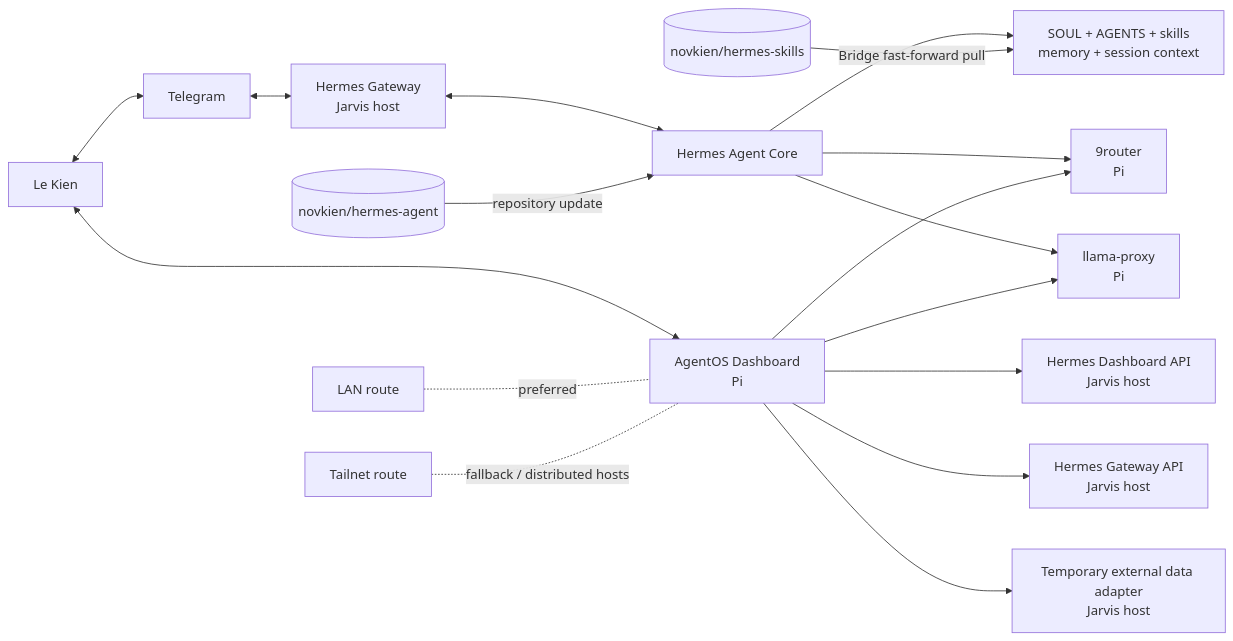
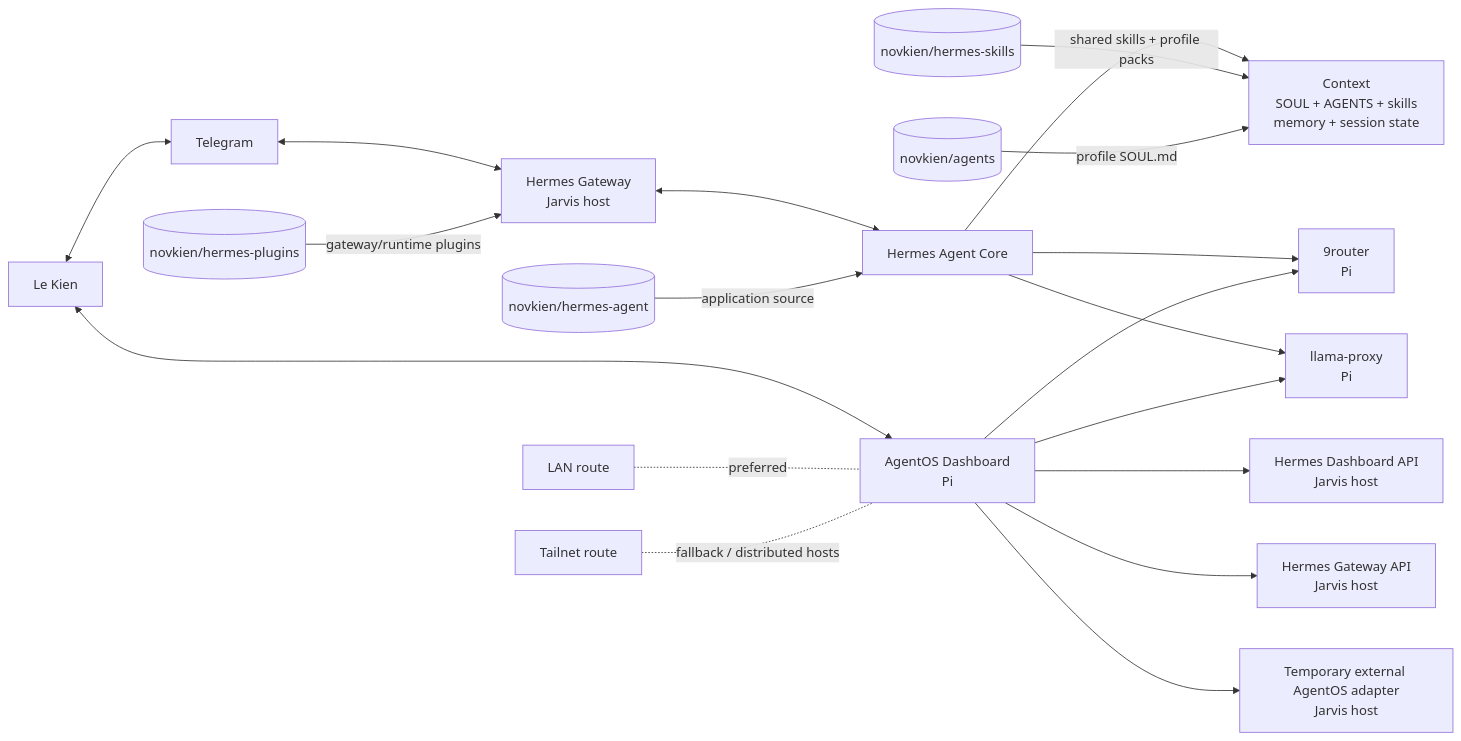
Before and after one commit to Carrie111998/Hermes: the diagram in AGENTS.md, drawn with Mermaid. The commit also changed other lines of this file, not shown here.

Commit message:
docs: update Jarvis Hermes architecture source map

````diff
--- a/AGENTS.md
+++ b/AGENTS.md
@@ -63,22 +65,24 @@
 ```mermaid
 flowchart LR
     U[Le Kien] <--> TG[Telegram]
     TG <--> GW[Hermes Gateway<br/>Jarvis host]
     GW <--> CORE[Hermes Agent Core]
-    CORE --> CTX[SOUL + AGENTS + skills<br/>memory + session context]
+    CORE --> CTX[Context<br/>SOUL + AGENTS + skills<br/>memory + session state]
     CORE --> R9[9router<br/>Pi]
     CORE --> LP[llama-proxy<br/>Pi]
 
     U <--> OS[AgentOS Dashboard<br/>Pi]
     OS --> HD[Hermes Dashboard API<br/>Jarvis host]
     OS --> GA[Hermes Gateway API<br/>Jarvis host]
-    OS --> AD[Temporary external data adapter<br/>Jarvis host]
+    OS --> AD[Temporary external AgentOS adapter<br/>Jarvis host]
     OS --> R9
     OS --> LP
 
-    GHS[(novkien/hermes-skills)] -->|Bridge fast-forward pull| CTX
-    GHA[(novkien/hermes-agent)] -->|repository update| CORE
+    GHS[(novkien/hermes-skills)] -->|shared skills + profile packs| CTX
+    GHA[(novkien/agents)] -->|profile SOUL.md| CTX
+    GHP[(novkien/hermes-plugins)] -->|gateway/runtime plugins| GW
+    GHAPP[(novkien/hermes-agent)] -->|application source| CORE
 
     LAN[LAN route] -. preferred .- OS
     TS[Tailnet route] -. fallback / distributed hosts .- OS
 ```
````
